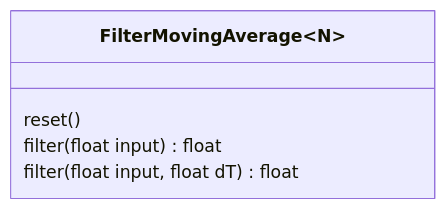
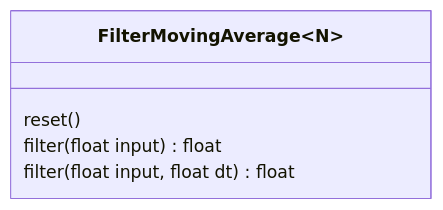
The second of 6 diagrams in README.md (martinbudden/Library-Filters), drawn with Mermaid before and after one commit. The commit also changed other lines of this file and 11 other files, not shown here.

````diff
--- a/README.md
+++ b/README.md
@@ -36,8 +36,8 @@
 ```mermaid
 classDiagram
     class FilterMovingAverage~N~ {
         reset()
         filter(float input) float
-        filter(float input, float dT) float
+        filter(float input, float dt) float
     }
 ```
````
